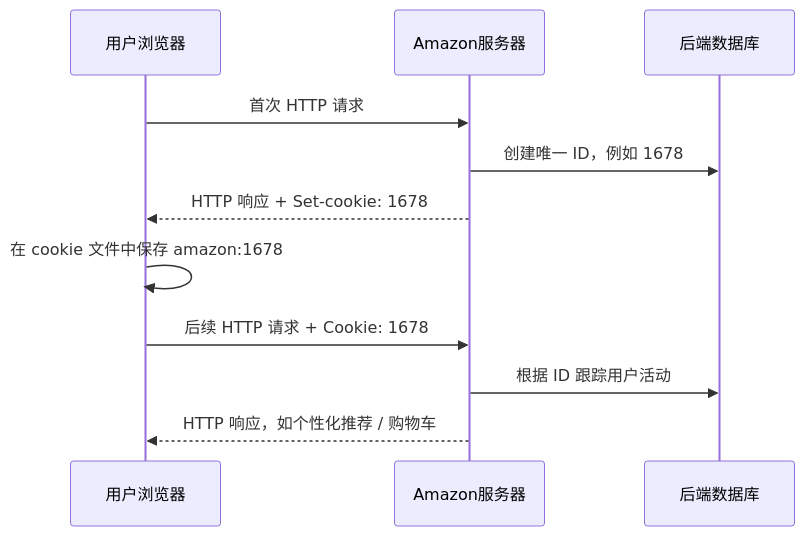
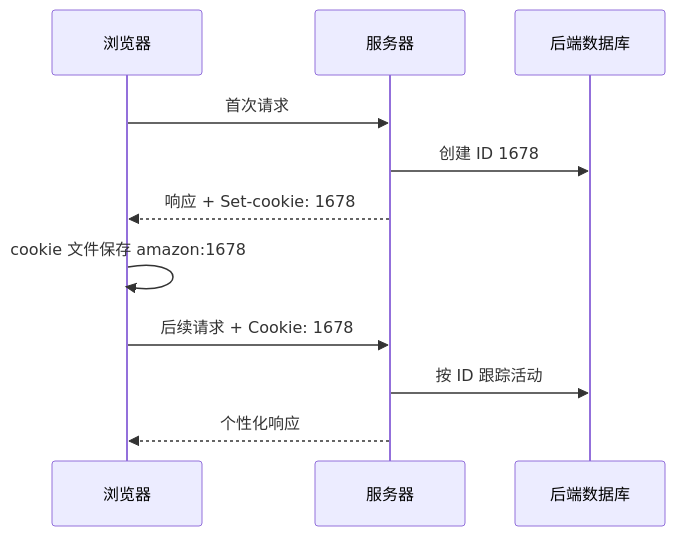
Before and after one commit to Meer-Matze/Meer-Matze.github.io: the sixth of 20 diagrams in src/content/posts/应用层.md, drawn with Mermaid. The commit also changed other lines of this file and 3 other files, not shown here.

````diff
--- a/src/content/posts/应用层.md
+++ b/src/content/posts/应用层.md
@@ -1192,15 +489,13 @@
 ```mermaid
 sequenceDiagram
-  participant U as 用户浏览器
-  participant A as Amazon服务器
+  participant U as 浏览器
+  participant A as 服务器
   participant DB as 后端数据库
-
-  U->>A: 首次 HTTP 请求
-  A->>DB: 创建唯一 ID，例如 1678
-  A-->>U: HTTP 响应 + Set-cookie: 1678
-  U->>U: 在 cookie 文件中保存 amazon:1678
-
-  U->>A: 后续 HTTP 请求 + Cookie: 1678
-  A->>DB: 根据 ID 跟踪用户活动
-  A-->>U: HTTP 响应，如个性化推荐 / 购物车
+  U->>A: 首次请求
+  A->>DB: 创建 ID 1678
+  A-->>U: 响应 + Set-cookie: 1678
+  U->>U: cookie 文件保存 amazon:1678
+  U->>A: 后续请求 + Cookie: 1678
+  A->>DB: 按 ID 跟踪活动
+  A-->>U: 个性化响应
 ```
````
